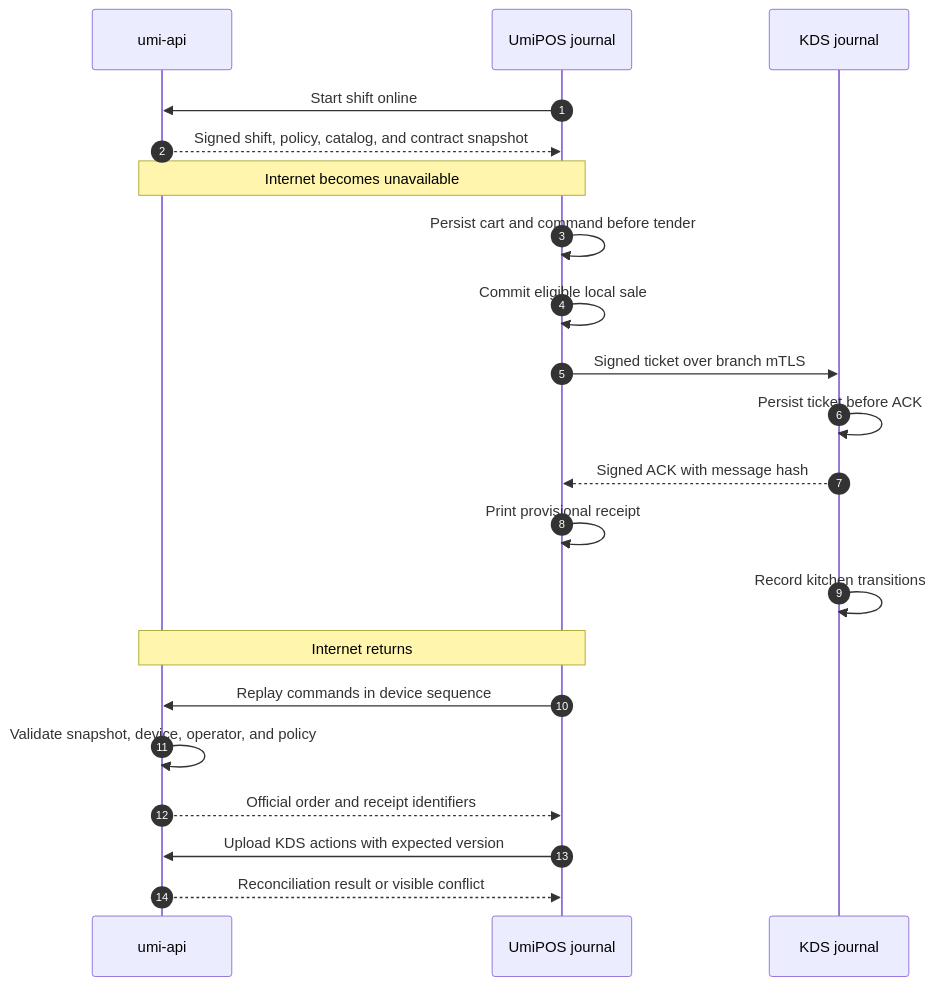
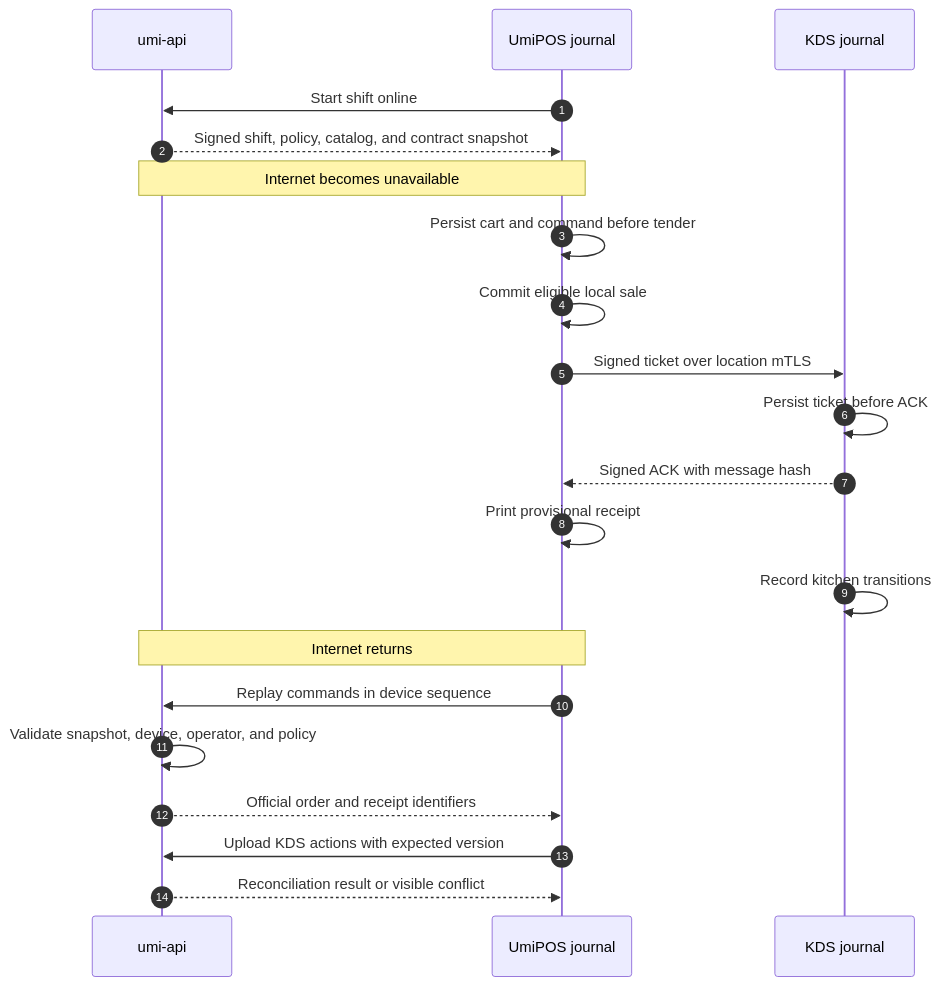
One commit to umiconsulting/umi changed diagram 13 of 17 in docs/architecture/umi-platform-architecture-presentation.md. Above: the diagram before and after it, drawn with Mermaid. The commit also changed other lines of this file and 214 other files, not shown here.

````diff
--- a/docs/architecture/umi-platform-architecture-presentation.md
+++ b/docs/architecture/umi-platform-architecture-presentation.md
@@ -621,26 +621,26 @@
 ```mermaid
 sequenceDiagram
   autonumber
   participant A as umi-api
   participant P as UmiPOS journal
   participant K as KDS journal
 
   P->>A: Start shift online
   A-->>P: Signed shift, policy, catalog, and contract snapshot
 
   Note over P,A: Internet becomes unavailable
   P->>P: Persist cart and command before tender
   P->>P: Commit eligible local sale
-  P->>K: Signed ticket over branch mTLS
+  P->>K: Signed ticket over location mTLS
   K->>K: Persist ticket before ACK
   K-->>P: Signed ACK with message hash
   P->>P: Print provisional receipt
   K->>K: Record kitchen transitions
 
   Note over P,A: Internet returns
   P->>A: Replay commands in device sequence
   A->>A: Validate snapshot, device, operator, and policy
   A-->>P: Official order and receipt identifiers
   P->>A: Upload KDS actions with expected version
   A-->>P: Reconciliation result or visible conflict
 ```
````
